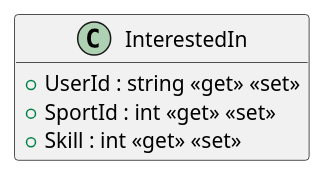
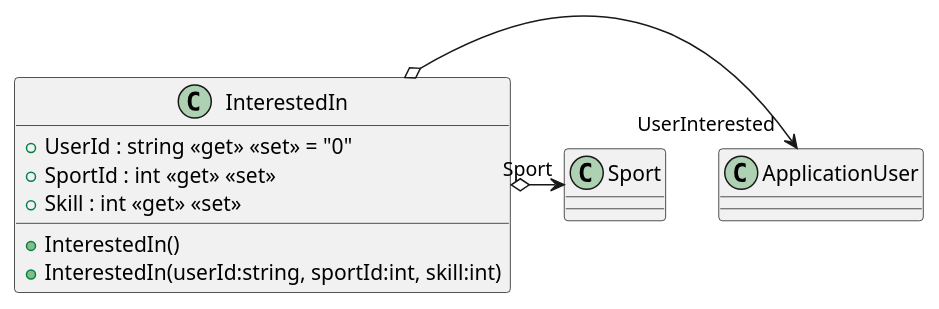
Before and after one commit to ISII2627Erasmus/Barca: the diagram in src/AppForSEII.API/ClassDiagram/InterestedIn.puml, drawn with PlantUML. The commit also changed 20 other files, not shown here.

```diff
--- a/src/AppForSEII.API/ClassDiagram/InterestedIn.puml
+++ b/src/AppForSEII.API/ClassDiagram/InterestedIn.puml
@@ -1,10 +1,11 @@
 @startuml
-hide methods
 class InterestedIn {
-    + UserId : string <<get>> <<set>>
+    + InterestedIn()
+    + InterestedIn(userId:string, sportId:int, skill:int)
+    + UserId : string <<get>> <<set>> = "0"
     + SportId : int <<get>> <<set>>
     + Skill : int <<get>> <<set>>
-    + InterestedIn()
-    + InterestedIn(userId:string, sportId:int, skill:int)
 }
+InterestedIn o-> "UserInterested" ApplicationUser
+InterestedIn o-> "Sport" Sport
 @enduml
```
